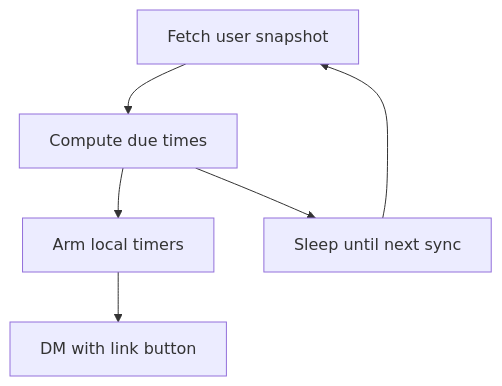
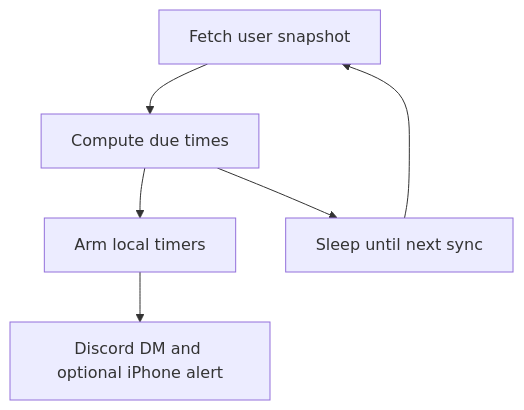
One commit to RRowDY/torn_notifier changed the diagram in README.md. Above: the diagram before and after it, drawn with Mermaid. The commit also changed other lines of this file, not shown here.

````diff
--- a/README.md
+++ b/README.md
@@ -24,8 +50,8 @@
 ```mermaid
 flowchart TD
   poll[Fetch user snapshot] --> eval[Compute due times]
   eval --> arm[Arm local timers]
   eval --> sleep[Sleep until next sync]
-  arm --> dm[DM with link button]
+  arm --> send[Discord DM and optional iPhone alert]
   sleep --> poll
 ```
````
